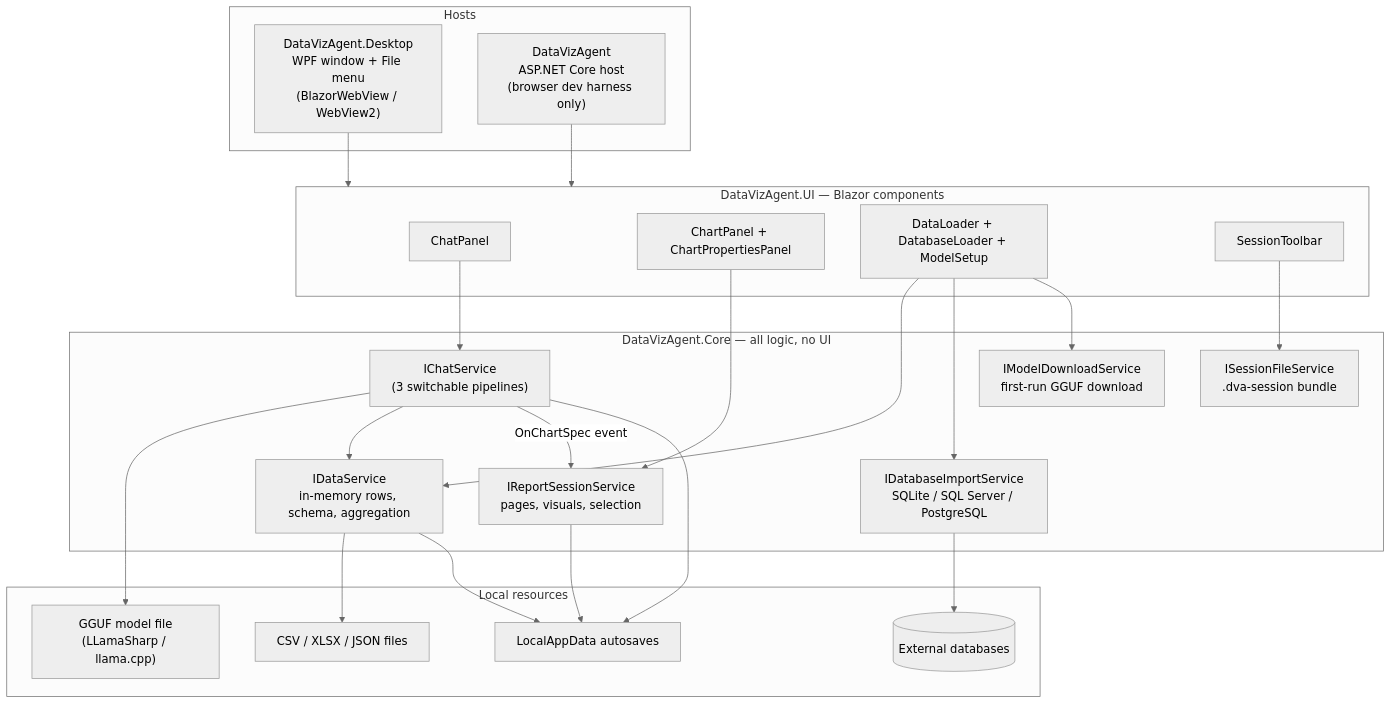
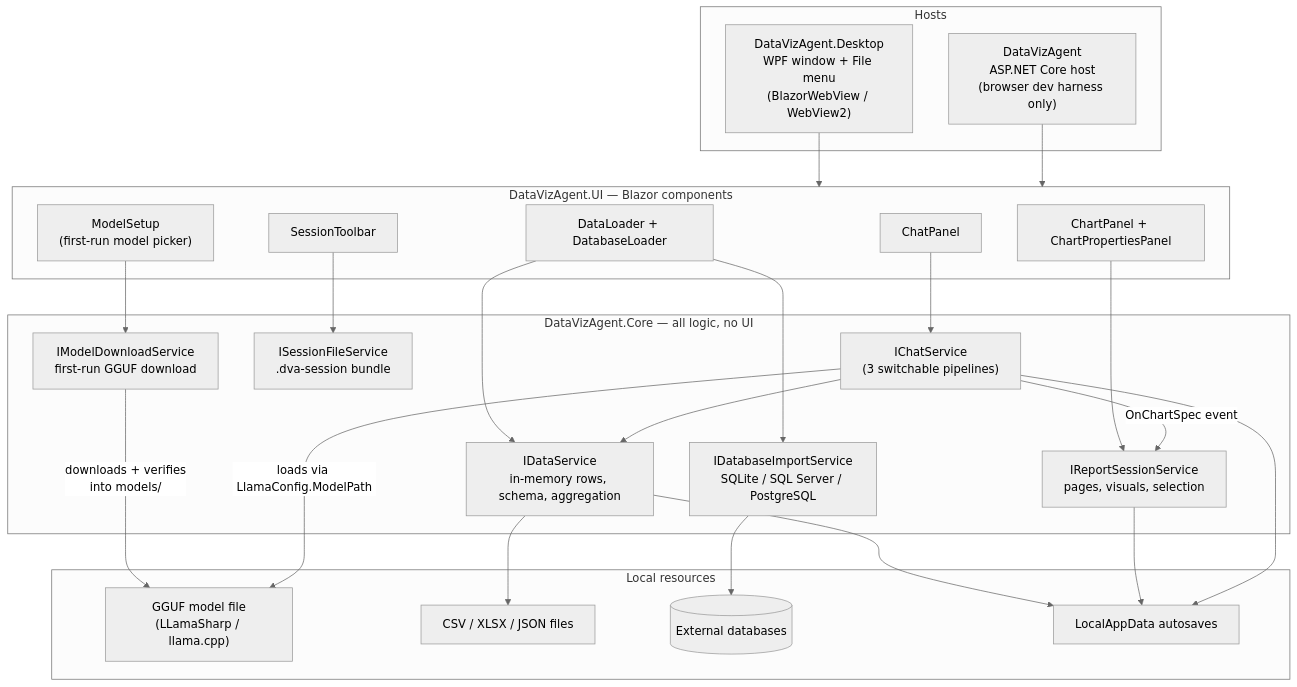
Before and after one commit to stangorkin/DataVisualizer: the first of 4 diagrams in docs/ARCHITECTURE.md, drawn with Mermaid (neutral theme).

Commit message:
docs: show the model download-to-load relationship in the system diagram
ModelSetup gets its own node, and the previously missing edge from the
downloader to the GGUF file is drawn — the downloader and the chat
pipeline share the model only through the file system and
LlamaConfig.ModelPath, never a direct code reference.

````diff
--- a/docs/ARCHITECTURE.md
+++ b/docs/ARCHITECTURE.md
@@ -14,47 +14,49 @@
 ```mermaid
 flowchart TB
     subgraph Hosts
         WPF["DataVizAgent.Desktop<br/>WPF window + File menu<br/>(BlazorWebView / WebView2)"]
         WEB["DataVizAgent<br/>ASP.NET Core host<br/>(browser dev harness only)"]
     end
 
     subgraph UI["DataVizAgent.UI — Blazor components"]
         CHAT["ChatPanel"]
         REPORT["ChartPanel + ChartPropertiesPanel"]
-        DATA["DataLoader + DatabaseLoader + ModelSetup"]
+        DATA["DataLoader + DatabaseLoader"]
+        SETUP["ModelSetup<br/>(first-run model picker)"]
         TOOLBAR["SessionToolbar"]
     end
 
     subgraph Core["DataVizAgent.Core — all logic, no UI"]
         CS["IChatService<br/>(3 switchable pipelines)"]
         DS["IDataService<br/>in-memory rows, schema, aggregation"]
         RS["IReportSessionService<br/>pages, visuals, selection"]
         SF["ISessionFileService<br/>.dva-session bundle"]
         DL["IModelDownloadService<br/>first-run GGUF download"]
         DB["IDatabaseImportService<br/>SQLite / SQL Server / PostgreSQL"]
     end
 
     subgraph Native["Local resources"]
         GGUF["GGUF model file<br/>(LLamaSharp / llama.cpp)"]
         FILES["CSV / XLSX / JSON files"]
         SQLDB[("External databases")]
         APPDATA["LocalAppData autosaves"]
     end
 
     WPF --> UI
     WEB --> UI
     CHAT --> CS
     REPORT --> RS
     DATA --> DS
     DATA --> DB
-    DATA --> DL
+    SETUP --> DL
     TOOLBAR --> SF
-    CS --> GGUF
+    DL -- "downloads + verifies<br/>into models/" --> GGUF
+    CS -- "loads via LlamaConfig.ModelPath" --> GGUF
     CS --> DS
     CS -- "OnChartSpec event" --> RS
     DS --> FILES
     DB --> SQLDB
     DS --> APPDATA
     RS --> APPDATA
     CS --> APPDATA
 ```
````
